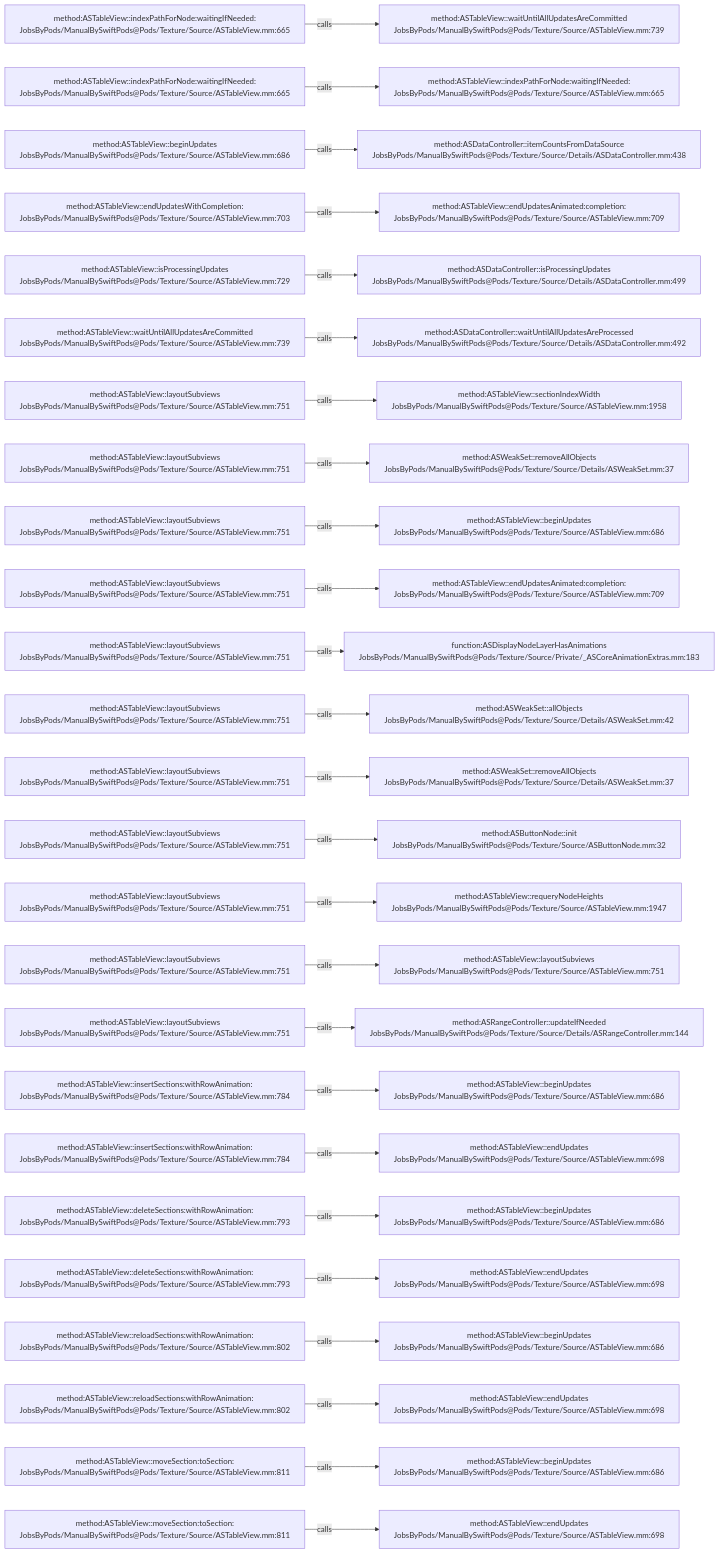
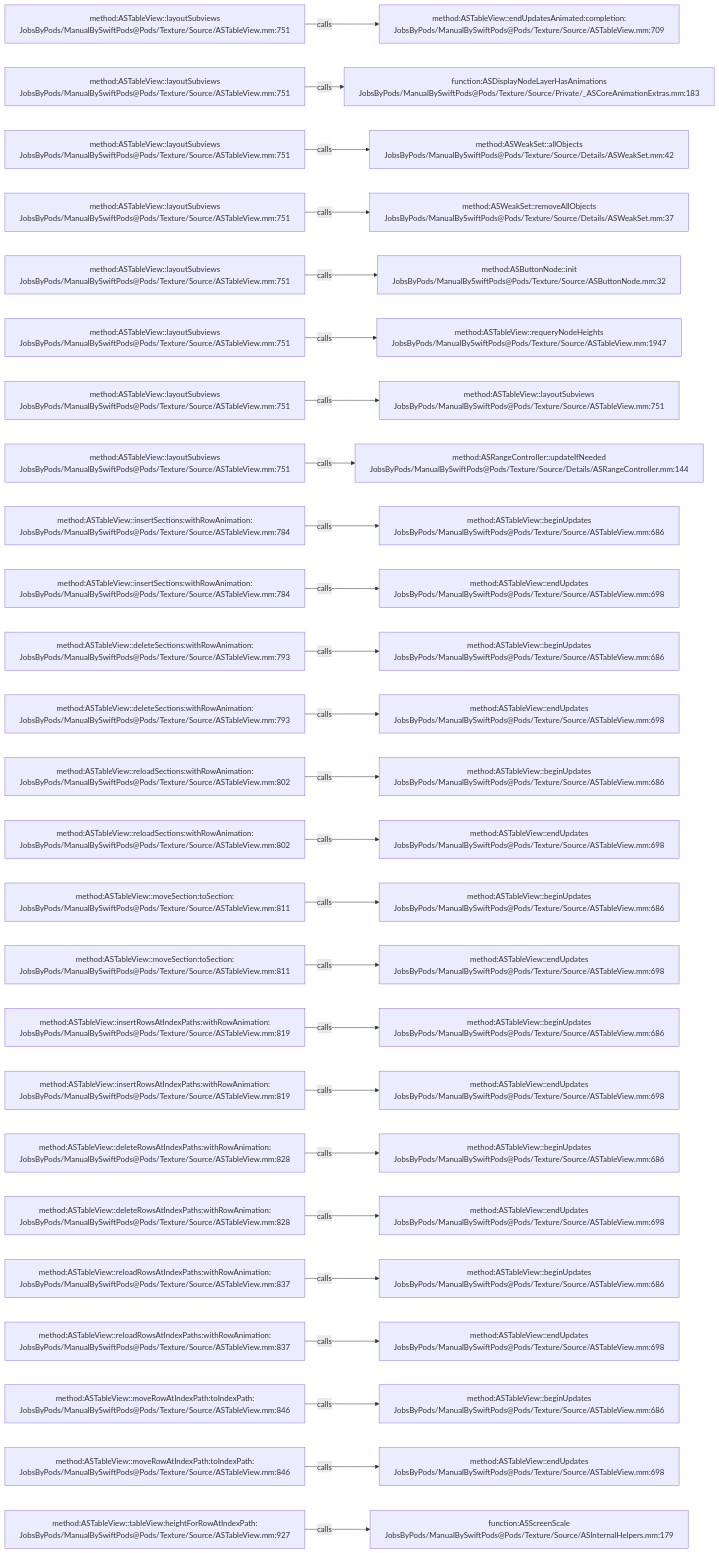
One commit to JobsKits/JobsSwiftBaseConfigDemo changed the diagram in .codegraph/codegraph.md/graphs/calls-060.md. Above: the diagram before and after it, drawn with Mermaid. The commit also changed 707 other files, not shown here.

````diff
--- a/.codegraph/codegraph.md/graphs/calls-060.md
+++ b/.codegraph/codegraph.md/graphs/calls-060.md
@@ -13,78 +13,78 @@
 ```mermaid
 flowchart LR
-  S1["method:ASTableView::indexPathForNode:waitingIfNeeded:<br/>JobsByPods/ManualBySwiftPods@Pods/Texture/Source/ASTableView.mm:665"]
-  T1["method:ASTableView::waitUntilAllUpdatesAreCommitted<br/>JobsByPods/ManualBySwiftPods@Pods/Texture/Source/ASTableView.mm:739"]
+  S1["method:ASTableView::layoutSubviews<br/>JobsByPods/ManualBySwiftPods@Pods/Texture/Source/ASTableView.mm:751"]
+  T1["method:ASTableView::endUpdatesAnimated:completion:<br/>JobsByPods/ManualBySwiftPods@Pods/Texture/Source/ASTableView.mm:709"]
   S1 -->|calls| T1
-  S2["method:ASTableView::indexPathForNode:waitingIfNeeded:<br/>JobsByPods/ManualBySwiftPods@Pods/Texture/Source/ASTableView.mm:665"]
-  T2["method:ASTableView::indexPathForNode:waitingIfNeeded:<br/>JobsByPods/ManualBySwiftPods@Pods/Texture/Source/ASTableView.mm:665"]
+  S2["method:ASTableView::layoutSubviews<br/>JobsByPods/ManualBySwiftPods@Pods/Texture/Source/ASTableView.mm:751"]
+  T2["function:ASDisplayNodeLayerHasAnimations<br/>JobsByPods/ManualBySwiftPods@Pods/Texture/Source/Private/_ASCoreAnimationExtras.mm:183"]
   S2 -->|calls| T2
-  S3["method:ASTableView::beginUpdates<br/>JobsByPods/ManualBySwiftPods@Pods/Texture/Source/ASTableView.mm:686"]
-  T3["method:ASDataController::itemCountsFromDataSource<br/>JobsByPods/ManualBySwiftPods@Pods/Texture/Source/Details/ASDataController.mm:438"]
+  S3["method:ASTableView::layoutSubviews<br/>JobsByPods/ManualBySwiftPods@Pods/Texture/Source/ASTableView.mm:751"]
+  T3["method:ASWeakSet::allObjects<br/>JobsByPods/ManualBySwiftPods@Pods/Texture/Source/Details/ASWeakSet.mm:42"]
   S3 -->|calls| T3
-  S4["method:ASTableView::endUpdatesWithCompletion:<br/>JobsByPods/ManualBySwiftPods@Pods/Texture/Source/ASTableView.mm:703"]
-  T4["method:ASTableView::endUpdatesAnimated:completion:<br/>JobsByPods/ManualBySwiftPods@Pods/Texture/Source/ASTableView.mm:709"]
+  S4["method:ASTableView::layoutSubviews<br/>JobsByPods/ManualBySwiftPods@Pods/Texture/Source/ASTableView.mm:751"]
+  T4["method:ASWeakSet::removeAllObjects<br/>JobsByPods/ManualBySwiftPods@Pods/Texture/Source/Details/ASWeakSet.mm:37"]
   S4 -->|calls| T4
-  S5["method:ASTableView::isProcessingUpdates<br/>JobsByPods/ManualBySwiftPods@Pods/Texture/Source/ASTableView.mm:729"]
-  T5["method:ASDataController::isProcessingUpdates<br/>JobsByPods/ManualBySwiftPods@Pods/Texture/Source/Details/ASDataController.mm:499"]
+  S5["method:ASTableView::layoutSubviews<br/>JobsByPods/ManualBySwiftPods@Pods/Texture/Source/ASTableView.mm:751"]
+  T5["method:ASButtonNode::init<br/>JobsByPods/ManualBySwiftPods@Pods/Texture/Source/ASButtonNode.mm:32"]
   S5 -->|calls| T5
-  S6["method:ASTableView::waitUntilAllUpdatesAreCommitted<br/>JobsByPods/ManualBySwiftPods@Pods/Texture/Source/ASTableView.mm:739"]
-  T6["method:ASDataController::waitUntilAllUpdatesAreProcessed<br/>JobsByPods/ManualBySwiftPods@Pods/Texture/Source/Details/ASDataController.mm:492"]
+  S6["method:ASTableView::layoutSubviews<br/>JobsByPods/ManualBySwiftPods@Pods/Texture/Source/ASTableView.mm:751"]
+  T6["method:ASTableView::requeryNodeHeights<br/>JobsByPods/ManualBySwiftPods@Pods/Texture/Source/ASTableView.mm:1947"]
   S6 -->|calls| T6
   S7["method:ASTableView::layoutSubviews<br/>JobsByPods/ManualBySwiftPods@Pods/Texture/Source/ASTableView.mm:751"]
-  T7["method:ASTableView::sectionIndexWidth<br/>JobsByPods/ManualBySwiftPods@Pods/Texture/Source/ASTableView.mm:1958"]
+  T7["method:ASTableView::layoutSubviews<br/>JobsByPods/ManualBySwiftPods@Pods/Texture/Source/ASTableView.mm:751"]
   S7 -->|calls| T7
   S8["method:ASTableView::layoutSubviews<br/>JobsByPods/ManualBySwiftPods@Pods/Texture/Source/ASTableView.mm:751"]
-  T8["method:ASWeakSet::removeAllObjects<br/>JobsByPods/ManualBySwiftPods@Pods/Texture/Source/Details/ASWeakSet.mm:37"]
+  T8["method:ASRangeController::updateIfNeeded<br/>JobsByPods/ManualBySwiftPods@Pods/Texture/Source/Details/ASRangeController.mm:144"]
   S8 -->|calls| T8
-  S9["method:ASTableView::layoutSubviews<br/>JobsByPods/ManualBySwiftPods@Pods/Texture/Source/ASTableView.mm:751"]
+  S9["method:ASTableView::insertSections:withRowAnimation:<br/>JobsByPods/ManualBySwiftPods@Pods/Texture/Source/ASTableView.mm:784"]
   T9["method:ASTableView::beginUpdates<br/>JobsByPods/ManualBySwiftPods@Pods/Texture/Source/ASTableView.mm:686"]
   S9 -->|calls| T9
-  S10["method:ASTableView::layoutSubviews<br/>JobsByPods/ManualBySwiftPods@Pods/Texture/Source/ASTableView.mm:751"]
-  T10["method:ASTableView::endUpdatesAnimated:completion:<br/>JobsByPods/ManualBySwiftPods@Pods/Texture/Source/ASTableView.mm:709"]
+  S10["method:ASTableView::insertSections:withRowAnimation:<br/>JobsByPods/ManualBySwiftPods@Pods/Texture/Source/ASTableView.mm:784"]
+  T10["method:ASTableView::endUpdates<br/>JobsByPods/ManualBySwiftPods@Pods/Texture/Source/ASTableView.mm:698"]
   S10 -->|calls| T10
-  S11["method:ASTableView::layoutSubviews<br/>JobsByPods/ManualBySwiftPods@Pods/Texture/Source/ASTableView.mm:751"]
-  T11["function:ASDisplayNodeLayerHasAnimations<br/>JobsByPods/ManualBySwiftPods@Pods/Texture/Source/Private/_ASCoreAnimationExtras.mm:183"]
+  S11["method:ASTableView::deleteSections:withRowAnimation:<br/>JobsByPods/ManualBySwiftPods@Pods/Texture/Source/ASTableView.mm:793"]
+  T11["method:ASTableView::beginUpdates<br/>JobsByPods/ManualBySwiftPods@Pods/Texture/Source/ASTableView.mm:686"]
   S11 -->|calls| T11
-  S12["method:ASTableView::layoutSubviews<br/>JobsByPods/ManualBySwiftPods@Pods/Texture/Source/ASTableView.mm:751"]
-  T12["method:ASWeakSet::allObjects<br/>JobsByPods/ManualBySwiftPods@Pods/Texture/Source/Details/ASWeakSet.mm:42"]
+  S12["method:ASTableView::deleteSections:withRowAnimation:<br/>JobsByPods/ManualBySwiftPods@Pods/Texture/Source/ASTableView.mm:793"]
+  T12["method:ASTableView::endUpdates<br/>JobsByPods/ManualBySwiftPods@Pods/Texture/Source/ASTableView.mm:698"]
   S12 -->|calls| T12
-  S13["method:ASTableView::layoutSubviews<br/>JobsByPods/ManualBySwiftPods@Pods/Texture/Source/ASTableView.mm:751"]
-  T13["method:ASWeakSet::removeAllObjects<br/>JobsByPods/ManualBySwiftPods@Pods/Texture/Source/Details/ASWeakSet.mm:37"]
+  S13["method:ASTableView::reloadSections:withRowAnimation:<br/>JobsByPods/ManualBySwiftPods@Pods/Texture/Source/ASTableView.mm:802"]
+  T13["method:ASTableView::beginUpdates<br/>JobsByPods/ManualBySwiftPods@Pods/Texture/Source/ASTableView.mm:686"]
   S13 -->|calls| T13
-  S14["method:ASTableView::layoutSubviews<br/>JobsByPods/ManualBySwiftPods@Pods/Texture/Source/ASTableView.mm:751"]
-  T14["method:ASButtonNode::init<br/>JobsByPods/ManualBySwiftPods@Pods/Texture/Source/ASButtonNode.mm:32"]
+  S14["method:ASTableView::reloadSections:withRowAnimation:<br/>JobsByPods/ManualBySwiftPods@Pods/Texture/Source/ASTableView.mm:802"]
+  T14["method:ASTableView::endUpdates<br/>JobsByPods/ManualBySwiftPods@Pods/Texture/Source/ASTableView.mm:698"]
   S14 -->|calls| T14
-  S15["method:ASTableView::layoutSubviews<br/>JobsByPods/ManualBySwiftPods@Pods/Texture/Source/ASTableView.mm:751"]
-  T15["method:ASTableView::requeryNodeHeights<br/>JobsByPods/ManualBySwiftPods@Pods/Texture/Source/ASTableView.mm:1947"]
+  S15["method:ASTableView::moveSection:toSection:<br/>JobsByPods/ManualBySwiftPods@Pods/Texture/Source/ASTableView.mm:811"]
+  T15["method:ASTableView::beginUpdates<br/>JobsByPods/ManualBySwiftPods@Pods/Texture/Source/ASTableView.mm:686"]
   S15 -->|calls| T15
-  S16["method:ASTableView::layoutSubviews<br/>JobsByPods/ManualBySwiftPods@Pods/Texture/Source/ASTableView.mm:751"]
-  T16["method:ASTableView::layoutSubviews<br/>JobsByPods/ManualBySwiftPods@Pods/Texture/Source/ASTableView.mm:751"]
+  S16["method:ASTableView::moveSection:toSection:<br/>JobsByPods/ManualBySwiftPods@Pods/Texture/Source/ASTableView.mm:811"]
+  T16["method:ASTableView::endUpdates<br/>JobsByPods/ManualBySwiftPods@Pods/Texture/Source/ASTableView.mm:698"]
   S16 -->|calls| T16
-  S17["method:ASTableView::layoutSubviews<br/>JobsByPods/ManualBySwiftPods@Pods/Texture/Source/ASTableView.mm:751"]
-  T17["method:ASRangeController::updateIfNeeded<br/>JobsByPods/ManualBySwiftPods@Pods/Texture/Source/Details/ASRangeController.mm:144"]
+  S17["method:ASTableView::insertRowsAtIndexPaths:withRowAnimation:<br/>JobsByPods/ManualBySwiftPods@Pods/Texture/Source/ASTableView.mm:819"]
+  T17["method:ASTableView::beginUpdates<br/>JobsByPods/ManualBySwiftPods@Pods/Texture/Source/ASTableView.mm:686"]
   S17 -->|calls| T17
-  S18["method:ASTableView::insertSections:withRowAnimation:<br/>JobsByPods/ManualBySwiftPods@Pods/Texture/Source/ASTableView.mm:784"]
-  T18["method:ASTableView::beginUpdates<br/>JobsByPods/ManualBySwiftPods@Pods/Texture/Source/ASTableView.mm:686"]
+  S18["method:ASTableView::insertRowsAtIndexPaths:withRowAnimation:<br/>JobsByPods/ManualBySwiftPods@Pods/Texture/Source/ASTableView.mm:819"]
+  T18["method:ASTableView::endUpdates<br/>JobsByPods/ManualBySwiftPods@Pods/Texture/Source/ASTableView.mm:698"]
   S18 -->|calls| T18
-  S19["method:ASTableView::insertSections:withRowAnimation:<br/>JobsByPods/ManualBySwiftPods@Pods/Texture/Source/ASTableView.mm:784"]
-  T19["method:ASTableView::endUpdates<br/>JobsByPods/ManualBySwiftPods@Pods/Texture/Source/ASTableView.mm:698"]
+  S19["method:ASTableView::deleteRowsAtIndexPaths:withRowAnimation:<br/>JobsByPods/ManualBySwiftPods@Pods/Texture/Source/ASTableView.mm:828"]
+  T19["method:ASTableView::beginUpdates<br/>JobsByPods/ManualBySwiftPods@Pods/Texture/Source/ASTableView.mm:686"]
   S19 -->|calls| T19
-  S20["method:ASTableView::deleteSections:withRowAnimation:<br/>JobsByPods/ManualBySwiftPods@Pods/Texture/Source/ASTableView.mm:793"]
-  T20["method:ASTableView::beginUpdates<br/>JobsByPods/ManualBySwiftPods@Pods/Texture/Source/ASTableView.mm:686"]
+  S20["method:ASTableView::deleteRowsAtIndexPaths:withRowAnimation:<br/>JobsByPods/ManualBySwiftPods@Pods/Texture/Source/ASTableView.mm:828"]
+  T20["method:ASTableView::endUpdates<br/>JobsByPods/ManualBySwiftPods@Pods/Texture/Source/ASTableView.mm:698"]
   S20 -->|calls| T20
-  S21["method:ASTableView::deleteSections:withRowAnimation:<br/>JobsByPods/ManualBySwiftPods@Pods/Texture/Source/ASTableView.mm:793"]
-  T21["method:ASTableView::endUpdates<br/>JobsByPods/ManualBySwiftPods@Pods/Texture/Source/ASTableView.mm:698"]
+  S21["method:ASTableView::reloadRowsAtIndexPaths:withRowAnimation:<br/>JobsByPods/ManualBySwiftPods@Pods/Texture/Source/ASTableView.mm:837"]
+  T21["method:ASTableView::beginUpdates<br/>JobsByPods/ManualBySwiftPods@Pods/Texture/Source/ASTableView.mm:686"]
   S21 -->|calls| T21
-  S22["method:ASTableView::reloadSections:withRowAnimation:<br/>JobsByPods/ManualBySwiftPods@Pods/Texture/Source/ASTableView.mm:802"]
-  T22["method:ASTableView::beginUpdates<br/>JobsByPods/ManualBySwiftPods@Pods/Texture/Source/ASTableView.mm:686"]
+  S22["method:ASTableView::reloadRowsAtIndexPaths:withRowAnimation:<br/>JobsByPods/ManualBySwiftPods@Pods/Texture/Source/ASTableView.mm:837"]
+  T22["method:ASTableView::endUpdates<br/>JobsByPods/ManualBySwiftPods@Pods/Texture/Source/ASTableView.mm:698"]
   S22 -->|calls| T22
-  S23["method:ASTableView::reloadSections:withRowAnimation:<br/>JobsByPods/ManualBySwiftPods@Pods/Texture/Source/ASTableView.mm:802"]
-  T23["method:ASTableView::endUpdates<br/>JobsByPods/ManualBySwiftPods@Pods/Texture/Source/ASTableView.mm:698"]
+  S23["method:ASTableView::moveRowAtIndexPath:toIndexPath:<br/>JobsByPods/ManualBySwiftPods@Pods/Texture/Source/ASTableView.mm:846"]
+  T23["method:ASTableView::beginUpdates<br/>JobsByPods/ManualBySwiftPods@Pods/Texture/Source/ASTableView.mm:686"]
   S23 -->|calls| T23
-  S24["method:ASTableView::moveSection:toSection:<br/>JobsByPods/ManualBySwiftPods@Pods/Texture/Source/ASTableView.mm:811"]
-  T24["method:ASTableView::beginUpdates<br/>JobsByPods/ManualBySwiftPods@Pods/Texture/Source/ASTableView.mm:686"]
+  S24["method:ASTableView::moveRowAtIndexPath:toIndexPath:<br/>JobsByPods/ManualBySwiftPods@Pods/Texture/Source/ASTableView.mm:846"]
+  T24["method:ASTableView::endUpdates<br/>JobsByPods/ManualBySwiftPods@Pods/Texture/Source/ASTableView.mm:698"]
   S24 -->|calls| T24
-  S25["method:ASTableView::moveSection:toSection:<br/>JobsByPods/ManualBySwiftPods@Pods/Texture/Source/ASTableView.mm:811"]
-  T25["method:ASTableView::endUpdates<br/>JobsByPods/ManualBySwiftPods@Pods/Texture/Source/ASTableView.mm:698"]
+  S25["method:ASTableView::tableView:heightForRowAtIndexPath:<br/>JobsByPods/ManualBySwiftPods@Pods/Texture/Source/ASTableView.mm:927"]
+  T25["function:ASScreenScale<br/>JobsByPods/ManualBySwiftPods@Pods/Texture/Source/ASInternalHelpers.mm:179"]
   S25 -->|calls| T25
 ```
````
